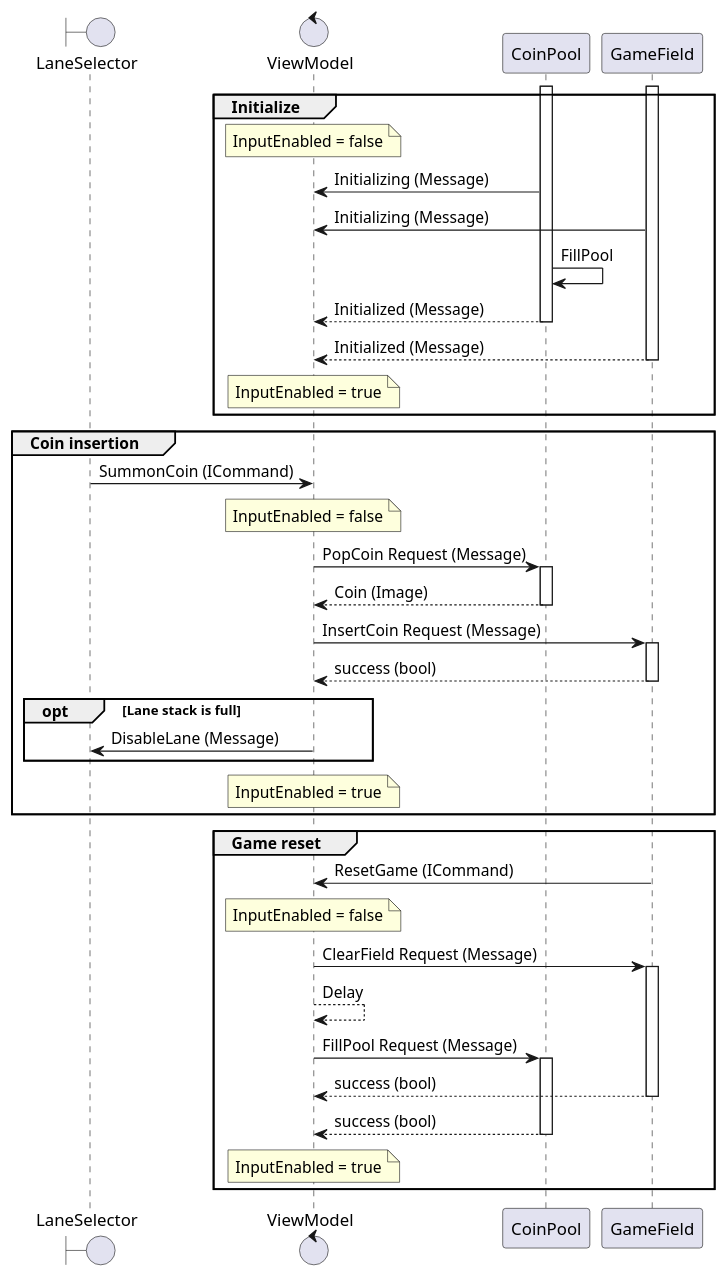
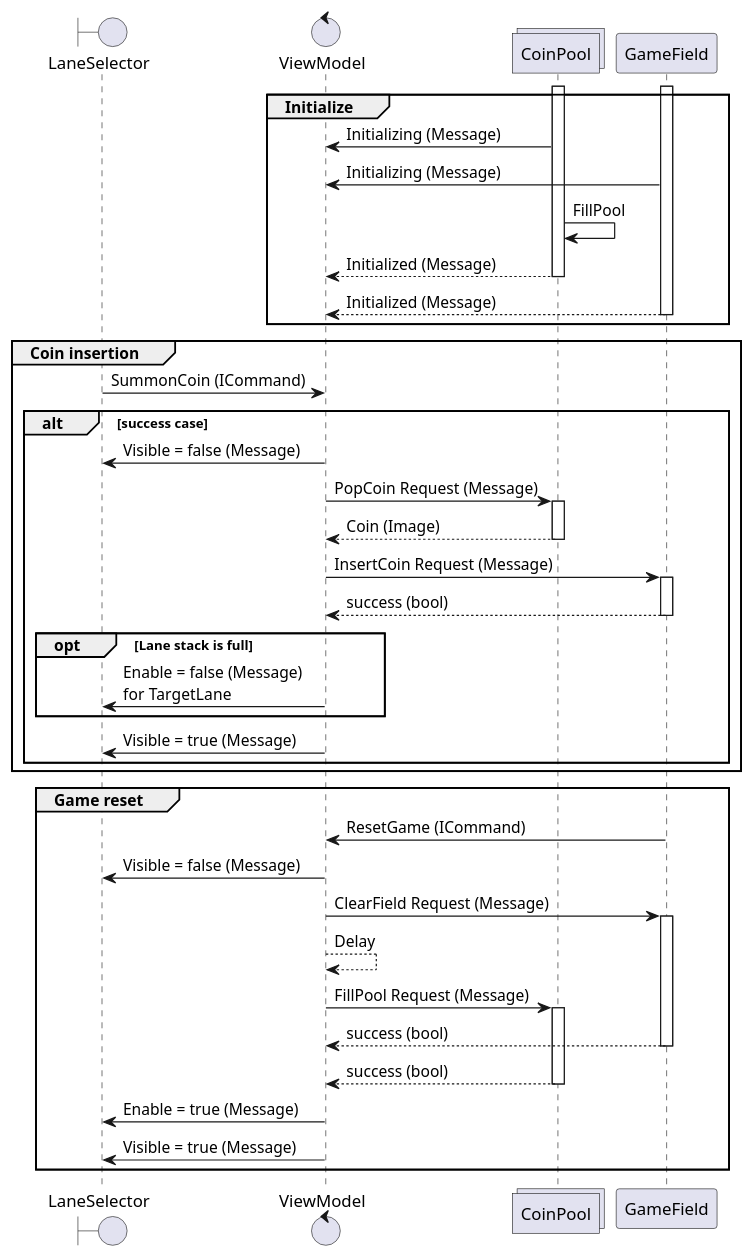
Before and after one commit to tatsuya19871219/MauiGomokuNarabeGame: the second of 3 diagrams in uml/GomokuNarabe.puml, drawn with PlantUML.

Commit message:
Update UML (sequence diagram)

```diff
--- a/uml/GomokuNarabe.puml
+++ b/uml/GomokuNarabe.puml
@@ -60,53 +60,61 @@
 @startuml SequenceDiagram
 
 boundary LaneSelector
 control ViewModel
+collections CoinPool
 
 
 group Initialize
-note over ViewModel : InputEnabled = false
+'note over ViewModel : InputEnabled = false
 Activate CoinPool
 Activate GameField
 CoinPool -> ViewModel : Initializing (Message)
 GameField -> ViewModel : Initializing (Message)
 CoinPool -> CoinPool : FillPool
 CoinPool --> ViewModel : Initialized (Message)
 Deactivate CoinPool
 GameField --> ViewModel : Initialized (Message)
 Deactivate GameField
-note over ViewModel : InputEnabled = true
+'note over ViewModel : InputEnabled = true
 end
 
 group Coin insertion
 LaneSelector -> ViewModel : SummonCoin (ICommand)
-note over ViewModel : InputEnabled = false
+alt success case
+'note over ViewModel : InputEnabled = false
+ViewModel -> LaneSelector : Visible = false (Message)
 ViewModel -> CoinPool : PopCoin Request (Message)
 Activate CoinPool
 CoinPool --> ViewModel : Coin (Image)
 Deactivate CoinPool
 ViewModel -> GameField : InsertCoin Request (Message)
 Activate GameField
 GameField --> ViewModel : success (bool)
 Deactivate GameField
 opt Lane stack is full
-ViewModel -> LaneSelector : DisableLane (Message)
+ViewModel -> LaneSelector : Enable = false (Message)\nfor TargetLane
 end
-note over ViewModel : InputEnabled = true
+'note over ViewModel : InputEnabled = true
+ViewModel -> LaneSelector : Visible = true (Message)
+end
 end
 
 group Game reset
 GameField -> ViewModel : ResetGame (ICommand)
-note over ViewModel : InputEnabled = false
+'note over ViewModel : InputEnabled = false
+ViewModel -> LaneSelector : Visible = false (Message)
 ViewModel -> GameField : ClearField Request (Message)
 Activate GameField
 ViewModel --> ViewModel : Delay
 ViewModel -> CoinPool : FillPool Request (Message)
 Activate CoinPool
 GameField --> ViewModel : success (bool)
 Deactivate GameField
 CoinPool --> ViewModel : success (bool)
 Deactivate CoinPool
-note over ViewModel : InputEnabled = true
+'note over ViewModel : InputEnabled = true
+ViewModel -> LaneSelector : Enable = true (Message)
+ViewModel -> LaneSelector : Visible = true (Message)
 end
 
 @enduml
```
